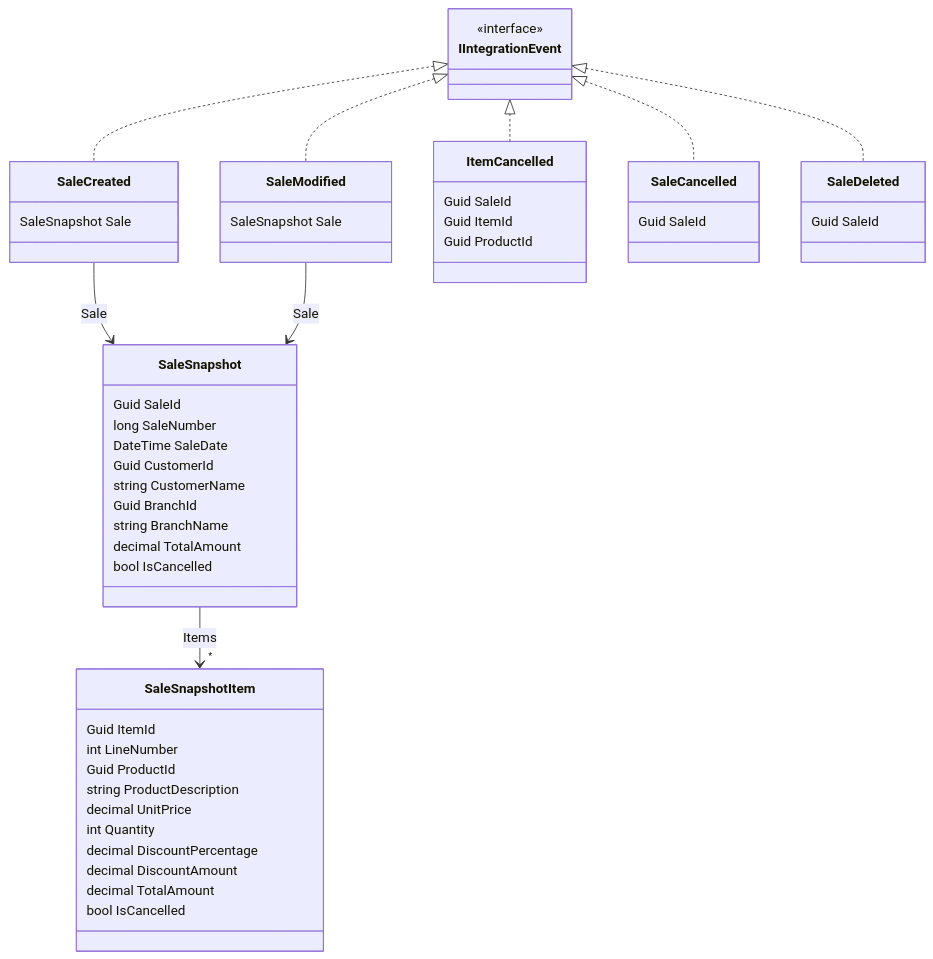
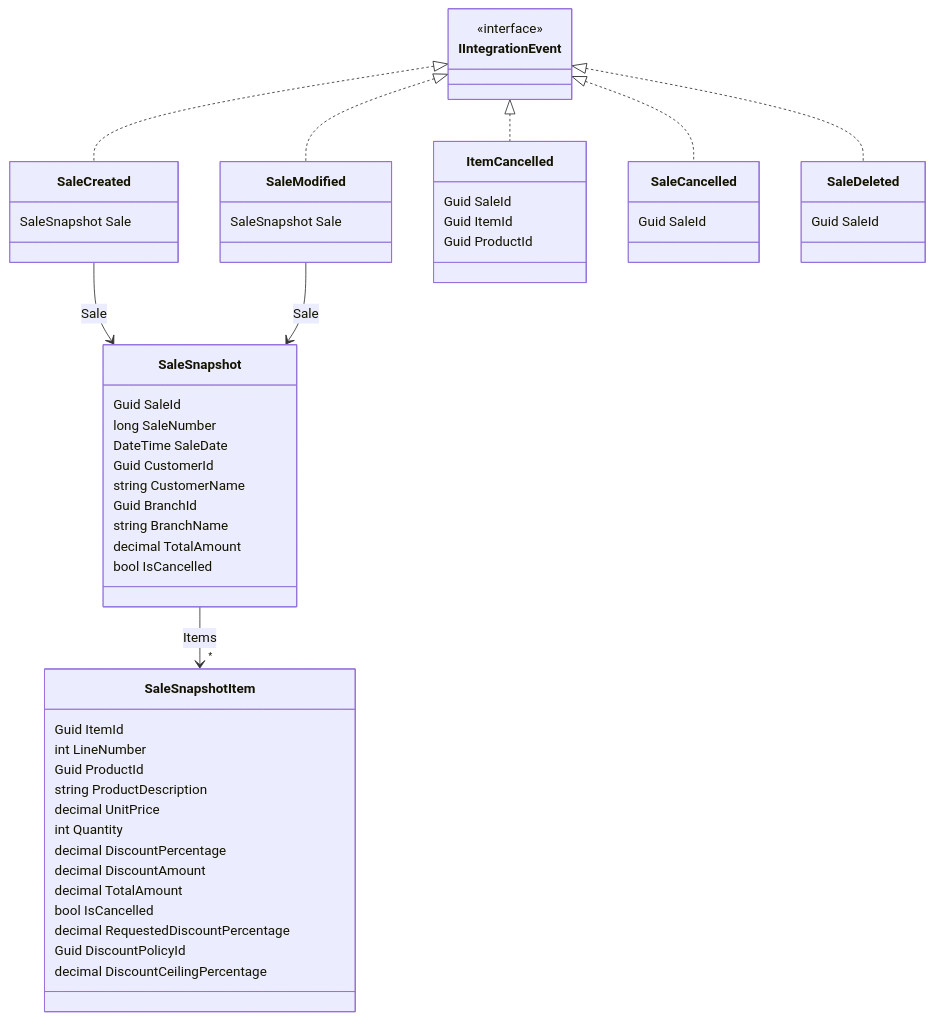
Before and after one commit to idg2/mouts-backend-challenge: diagram 13 of 21 in backend/docs/sales.md, drawn with Mermaid. The commit also changed other lines of this file and 128 other files, not shown here.

Commit message:
feat: discount policy matrix with append-only scoped policies, priced sale items, and policy disabling

````diff
--- a/backend/docs/sales.md
+++ b/backend/docs/sales.md
@@ -399,54 +428,57 @@
 ```mermaid
 classDiagram
   class IIntegrationEvent {
     <<interface>>
   }
   class SaleCreated {
     SaleSnapshot Sale
   }
   class SaleModified {
     SaleSnapshot Sale
   }
   class ItemCancelled {
     Guid SaleId
     Guid ItemId
     Guid ProductId
   }
   class SaleCancelled {
     Guid SaleId
   }
   class SaleDeleted {
     Guid SaleId
   }
   class SaleSnapshot {
     Guid SaleId
     long SaleNumber
     DateTime SaleDate
     Guid CustomerId
     string CustomerName
     Guid BranchId
     string BranchName
     decimal TotalAmount
     bool IsCancelled
   }
   class SaleSnapshotItem {
     Guid ItemId
     int LineNumber
     Guid ProductId
     string ProductDescription
     decimal UnitPrice
     int Quantity
     decimal DiscountPercentage
     decimal DiscountAmount
     decimal TotalAmount
     bool IsCancelled
+    decimal RequestedDiscountPercentage
+    Guid DiscountPolicyId
+    decimal DiscountCeilingPercentage
   }
   IIntegrationEvent <|.. SaleCreated
   IIntegrationEvent <|.. SaleModified
   IIntegrationEvent <|.. ItemCancelled
   IIntegrationEvent <|.. SaleCancelled
   IIntegrationEvent <|.. SaleDeleted
   SaleCreated --> SaleSnapshot : Sale
   SaleModified --> SaleSnapshot : Sale
   SaleSnapshot --> "*" SaleSnapshotItem : Items
 ```
````
